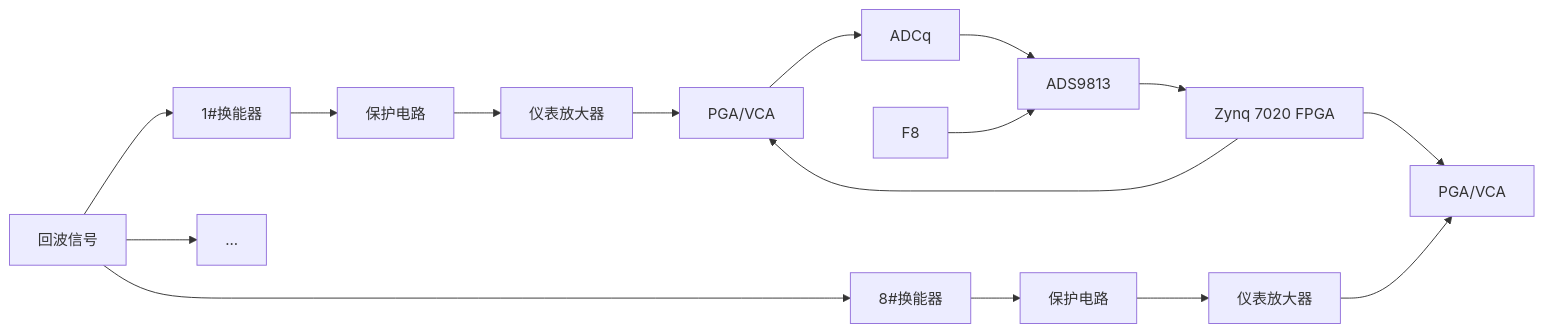
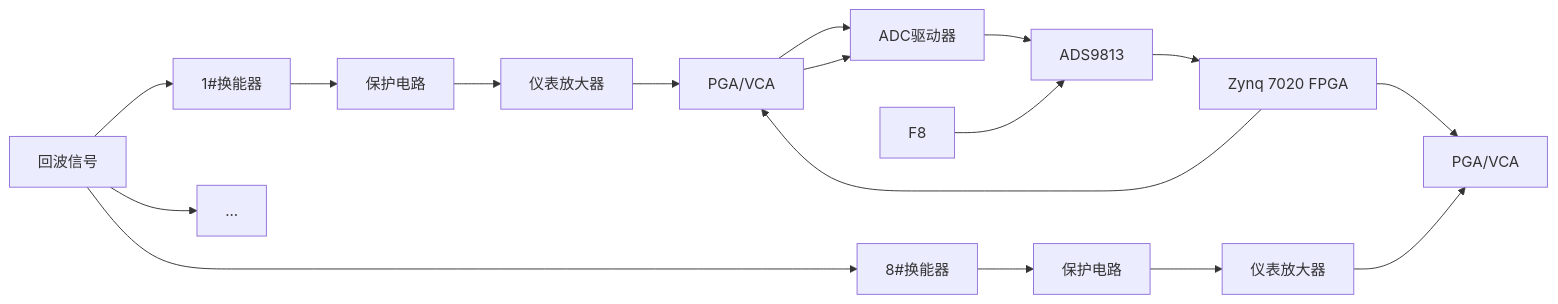
The diagram in all/同步采集.md (Rukawa15/iodraw-files), drawn with Mermaid before and after one commit.

Commit message:
2025-06-19 14:38:35 update

````diff
--- a/all/同步采集.md
+++ b/all/同步采集.md
@@ -1,26 +1,27 @@
 ```mermaid
 graph LR
 A[回波信号]
 A --> B1[1#换能器]
 A --> ...
 A --> B8[8#换能器]
 
 B1 --> C1[保护电路]
 B8 --> C8[保护电路]
 
 C1 --> D1[仪表放大器]
 C8 --> D8[仪表放大器]
 H[Zynq 7020 ARM] --> E1
 H[Zynq 7020 ARM] --> E8
 D1 --> E1[PGA/VCA]
 D8 --> E8[PGA/VCA]
 
-E1 --> F1[ADCq]
+E1 --> F1[ADC驱动器]
+E1 --> F1[ADC驱动器]
 
 F1 --> G[ADS9813]
 F8 --> G[ADS9813] 
 
 G --> H[Zynq 7020 FPGA]
 
 
 ```
````
